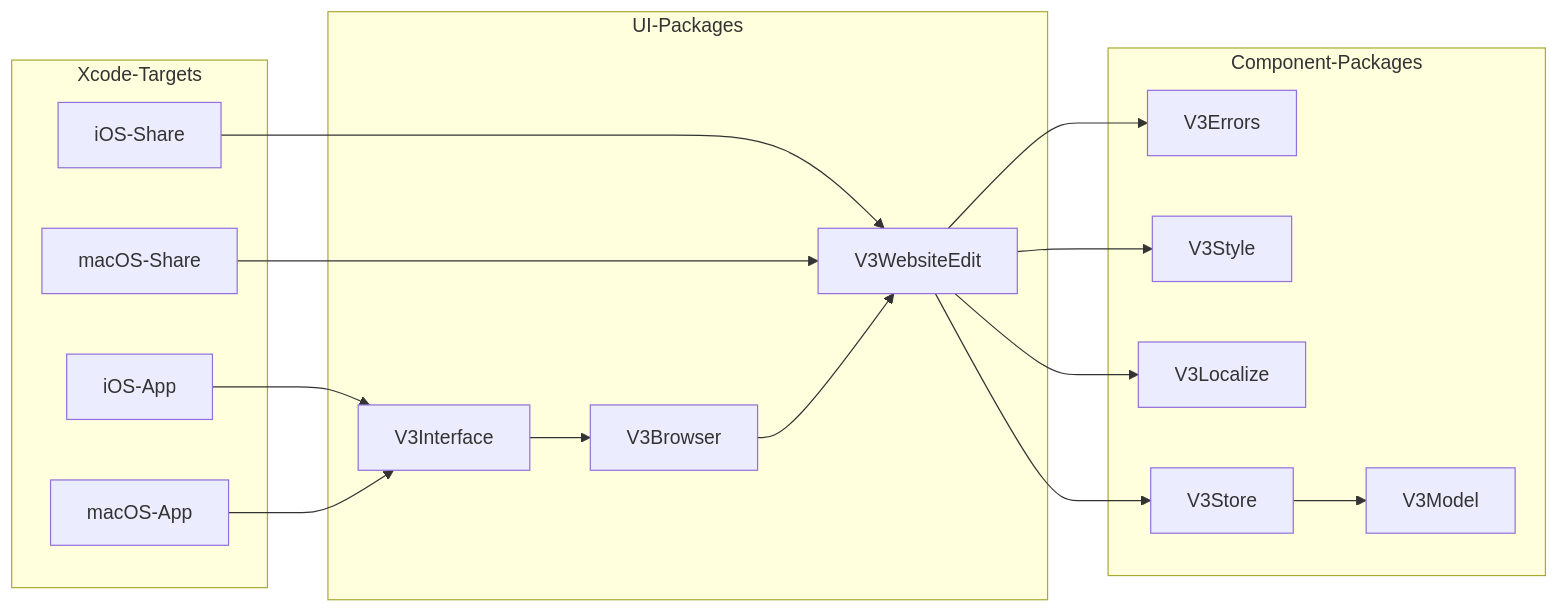
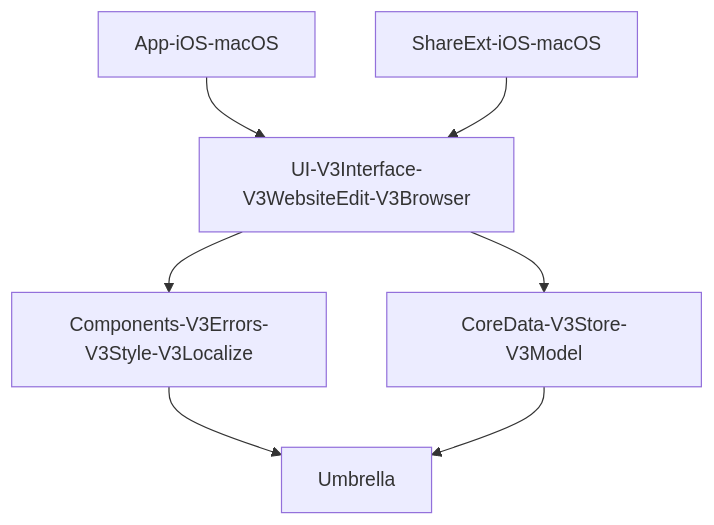
The diagram in README.md (jeffreybergier/Hipstapaper), drawn with Mermaid before and after one commit. The commit also changed other lines of this file, not shown here.

Commit message:
[readme] simplified diagram

````diff
--- a/README.md
+++ b/README.md
@@ -57,32 +57,9 @@
 ```mermaid
-graph LR;
-    subgraph Xcode-Targets
-        iOS-App;
-        macOS-App;
-        iOS-Share;
-        macOS-Share;
-    end
-    subgraph UI-Packages
-        V3Interface;
-        V3WebsiteEdit;
-        V3Browser;
-    end
-    subgraph Component-Packages
-        V3Errors;
-        V3Style;
-        V3Localize;
-        V3Store;
-        V3Model;
-    end
-    iOS-App-->V3Interface;
-    macOS-App-->V3Interface;
-    iOS-Share-->V3WebsiteEdit;
-    macOS-Share-->V3WebsiteEdit;
-    V3Interface-->V3Browser;
-    V3Browser-->V3WebsiteEdit;
-    V3WebsiteEdit-->V3Errors;
-    V3WebsiteEdit-->V3Style;
-    V3WebsiteEdit-->V3Localize;
-    V3WebsiteEdit-->V3Store;
-    V3Store-->V3Model;
+graph TD;
+    App-iOS-macOS-->UI-V3Interface-V3WebsiteEdit-V3Browser;
+    ShareExt-iOS-macOS-->UI-V3Interface-V3WebsiteEdit-V3Browser;
+    UI-V3Interface-V3WebsiteEdit-V3Browser-->Components-V3Errors-V3Style-V3Localize;
+    UI-V3Interface-V3WebsiteEdit-V3Browser-->CoreData-V3Store-V3Model;
+    Components-V3Errors-V3Style-V3Localize-->Umbrella;
+    CoreData-V3Store-V3Model-->Umbrella;
 ```
````
